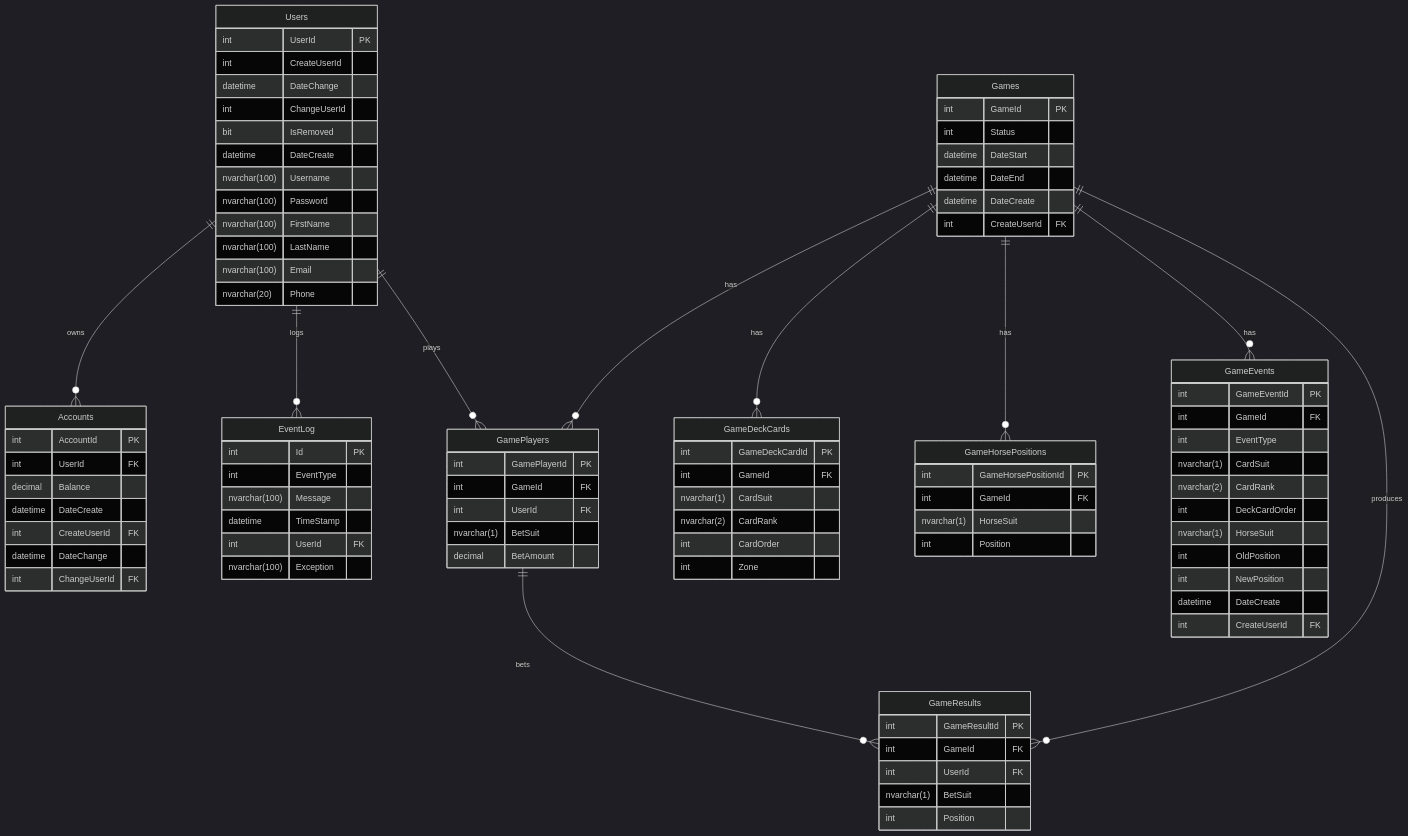
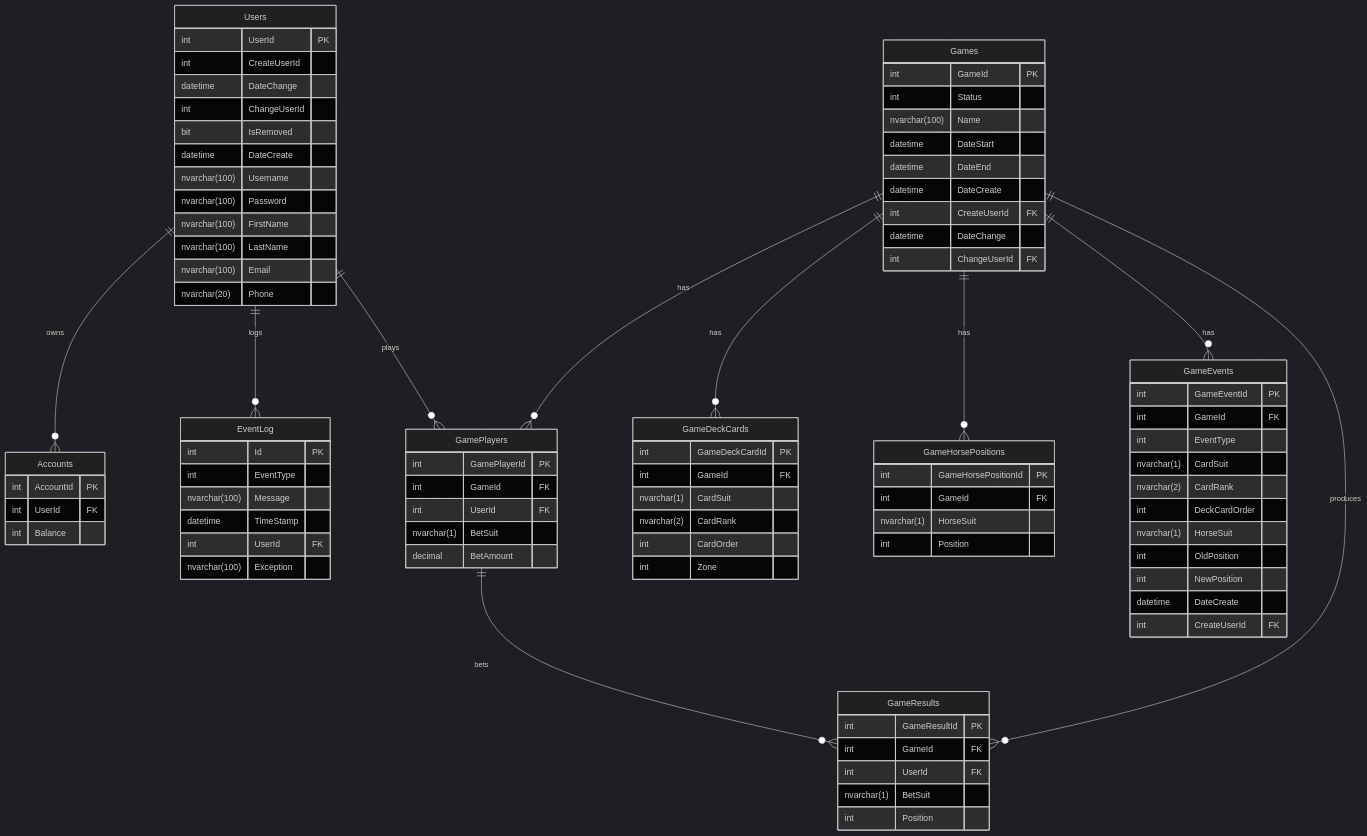
One commit to griphon56/HorseRacing changed the diagram in Readme.md. Above: the diagram before and after it, drawn with Mermaid (dark theme).

Commit message:
Update Readme.md
Описание.

```diff
--- a/Readme.md
+++ b/Readme.md
@@ -116,19 +116,18 @@
     Accounts {
         int AccountId PK
         int UserId FK
-        decimal Balance
+        int Balance
+    }
+    Games {
+        int GameId PK
+        int Status
+        nvarchar(100) Name
+        datetime DateStart
+        datetime DateEnd
         datetime DateCreate
         int CreateUserId FK
         datetime DateChange
         int ChangeUserId FK
-    }
-    Games {
-        int GameId PK
-        int Status
-        datetime DateStart
-        datetime DateEnd
-        datetime DateCreate
-        int CreateUserId FK
     }
     GameResults {
         int GameResultId PK
```
